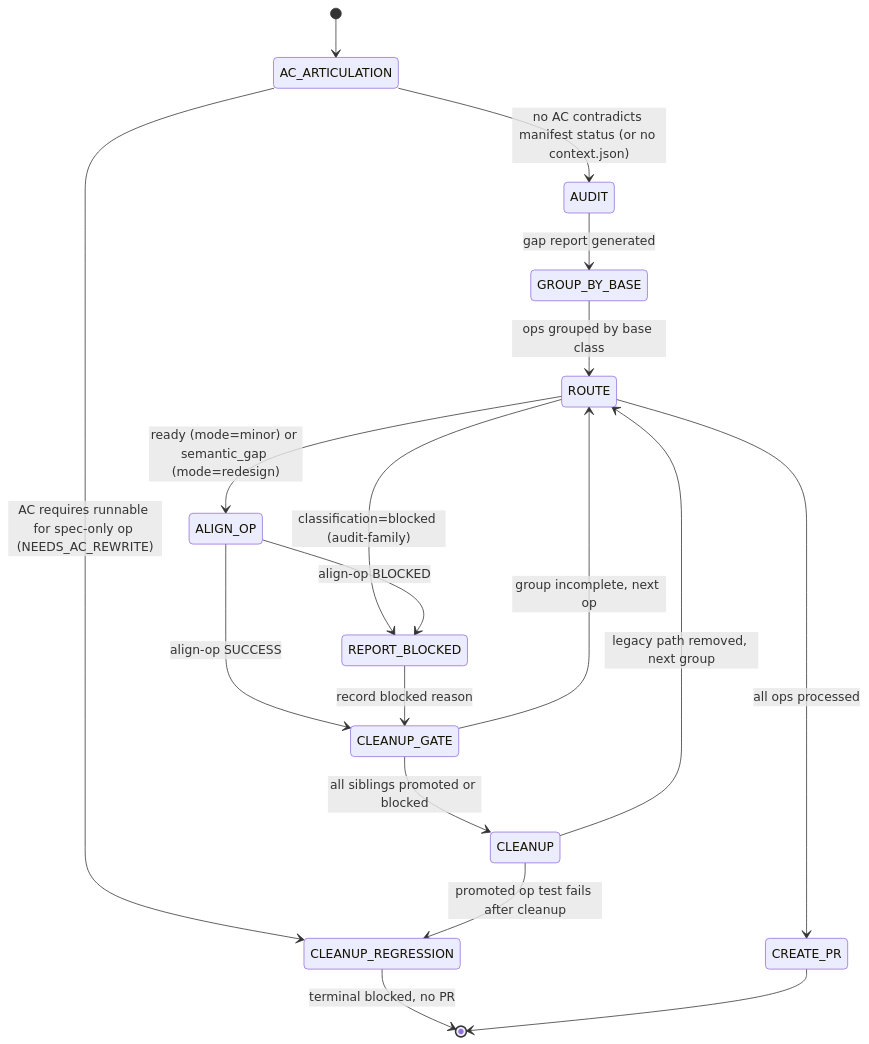
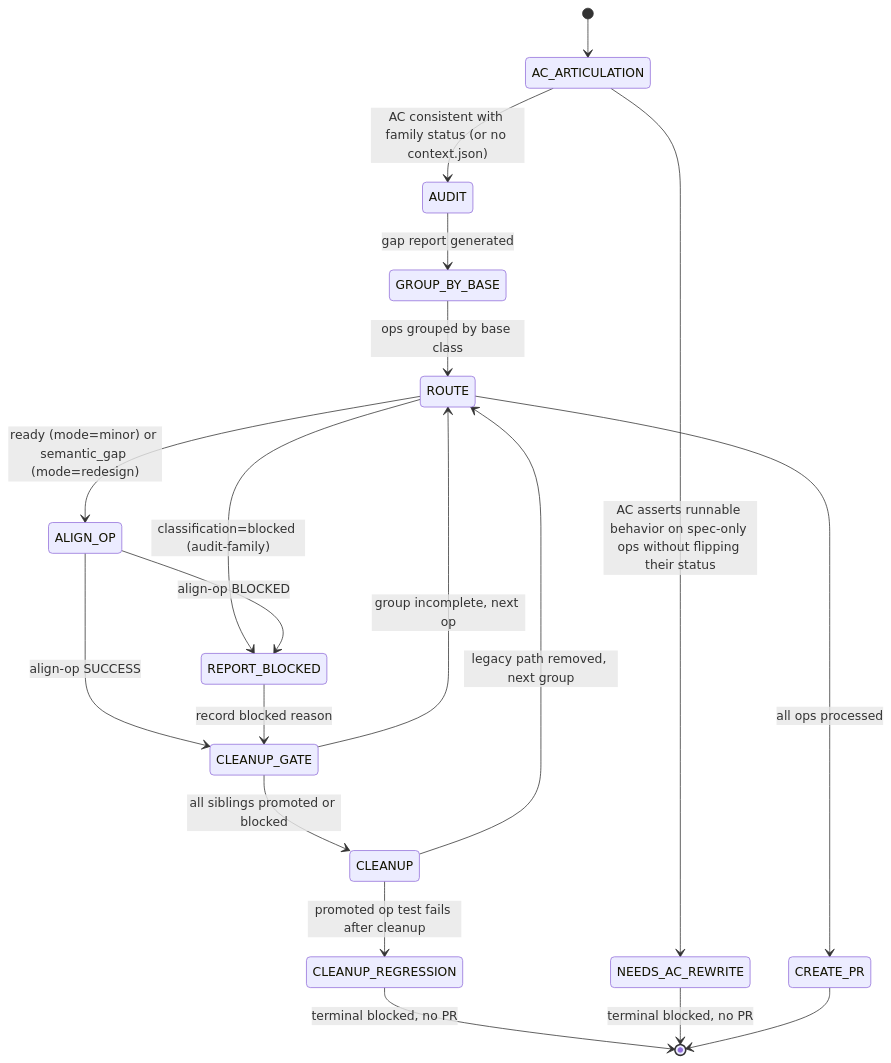
One commit to tile-ai/TileOPs changed the diagram in .claude/skills/align-family/SKILL.md. Above: the diagram before and after it, drawn with Mermaid. The commit also changed other lines of this file and 1 other file, not shown here.

First line of the commit message:
[Chore][Skills] address review feedback on AC articulation gate

````diff
--- a/.claude/skills/align-family/SKILL.md
+++ b/.claude/skills/align-family/SKILL.md
@@ -33,20 +34,21 @@
 ```mermaid
 stateDiagram-v2
     [*] --> AC_ARTICULATION
-    AC_ARTICULATION --> AUDIT: no AC contradicts manifest status (or no context.json)
-    AC_ARTICULATION --> CLEANUP_REGRESSION: AC requires runnable for spec-only op (NEEDS_AC_REWRITE)
+    AC_ARTICULATION --> AUDIT: AC consistent with family status (or no context.json)
+    AC_ARTICULATION --> NEEDS_AC_REWRITE: AC asserts runnable behavior on spec-only ops without flipping their status
     AUDIT --> GROUP_BY_BASE: gap report generated
     GROUP_BY_BASE --> ROUTE: ops grouped by base class
     ROUTE --> ALIGN_OP: ready (mode=minor) or semantic_gap (mode=redesign)
     ROUTE --> REPORT_BLOCKED: classification=blocked (audit-family)
     ALIGN_OP --> CLEANUP_GATE: align-op SUCCESS
     ALIGN_OP --> REPORT_BLOCKED: align-op BLOCKED
     REPORT_BLOCKED --> CLEANUP_GATE: record blocked reason
     CLEANUP_GATE --> ROUTE: group incomplete, next op
     CLEANUP_GATE --> CLEANUP: all siblings promoted or blocked
     CLEANUP --> ROUTE: legacy path removed, next group
     ROUTE --> CREATE_PR: all ops processed
     CLEANUP --> CLEANUP_REGRESSION: promoted op test fails after cleanup
     CLEANUP_REGRESSION --> [*]: terminal blocked, no PR
+    NEEDS_AC_REWRITE --> [*]: terminal blocked, no PR
     CREATE_PR --> [*]
 ```
````
